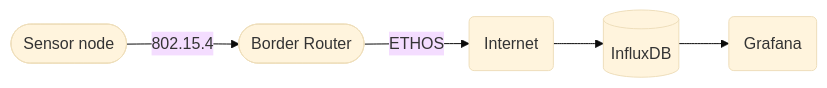
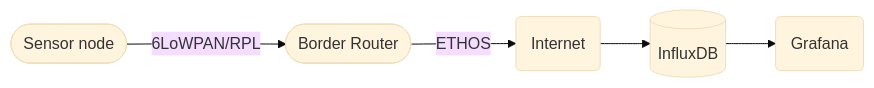
The first of 2 diagrams in docs/NETWORK.md (KRVPerera/sense), drawn with Mermaid (base theme) before and after one commit. The commit also changed other lines of this file, not shown here.

````diff
--- a/docs/NETWORK.md
+++ b/docs/NETWORK.md
@@ -9,7 +9,7 @@
 ```mermaid
 graph LR;
-    A([Sensor node]) -->|802.15.4| B([Border Router]);
+    A([Sensor node]) -->|6LoWPAN/RPL| B([Border Router]);
     B --> |ETHOS| C(Internet);
     C --> D[(InfluxDB)]
     D --> E(Grafana);
 ```
````
